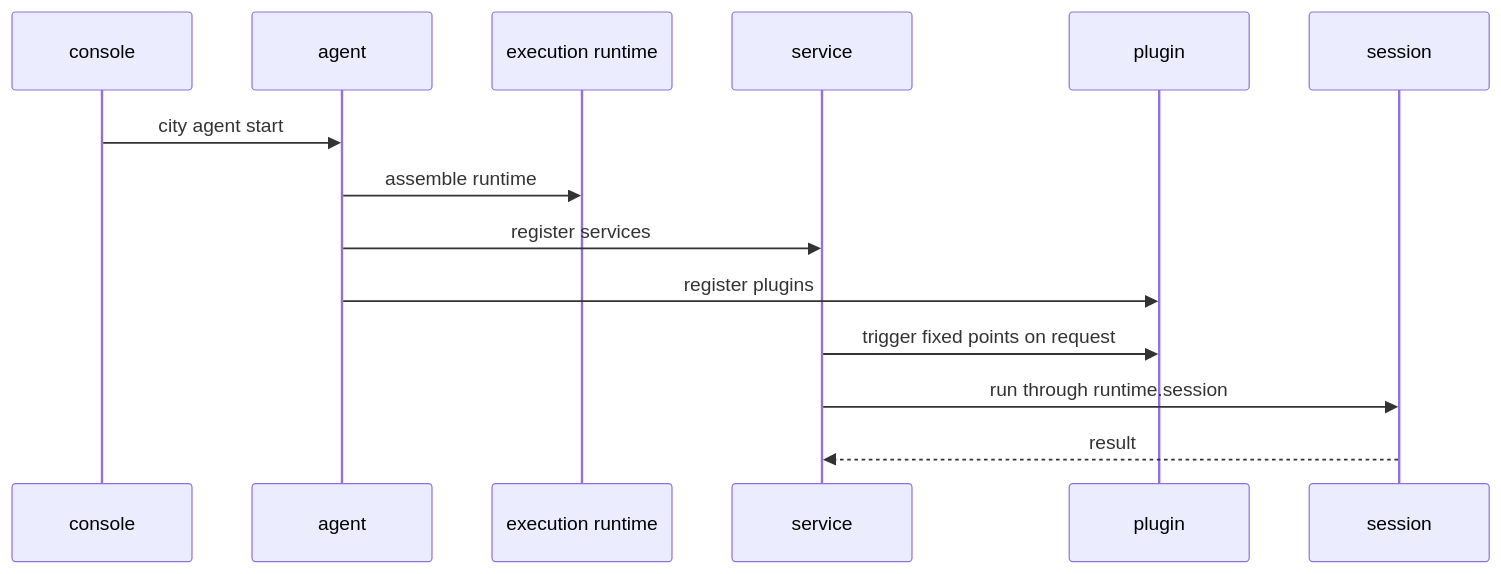
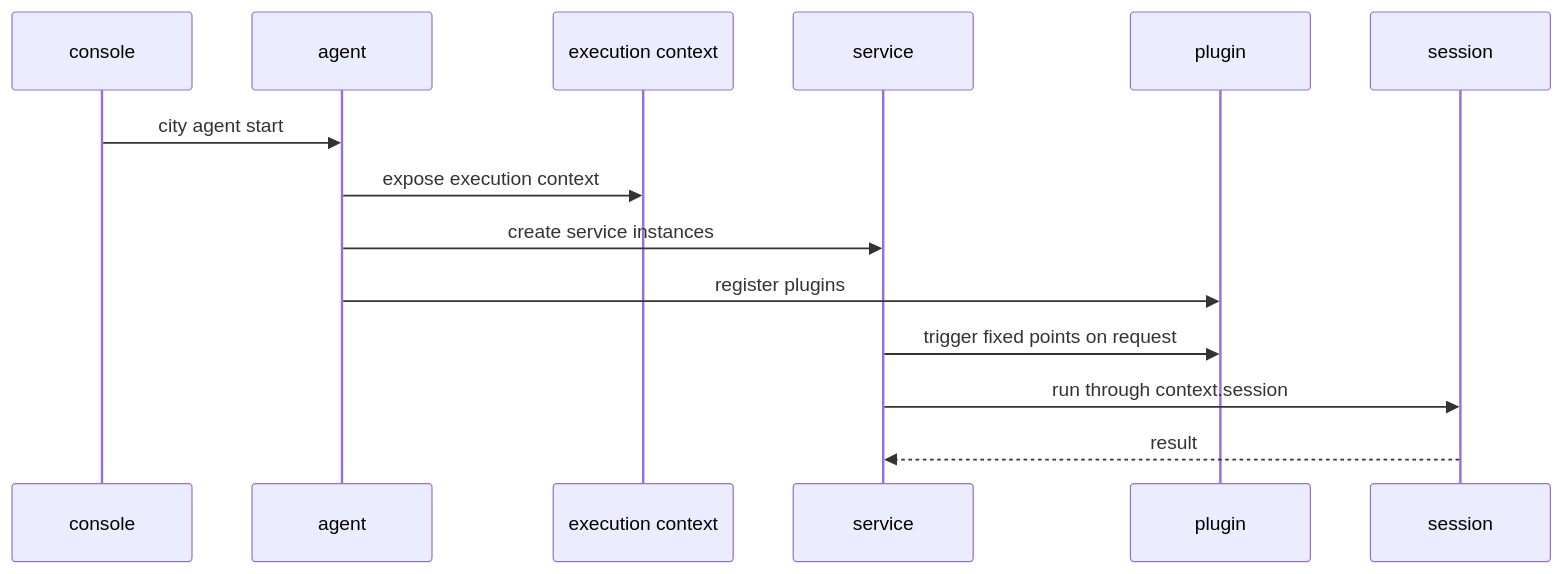
The diagram in homepage/content/docs/en/concepts/runtime-relationship-and-process.mdx (wangenius/downcity), drawn with Mermaid before and after one commit. The commit also changed other lines of this file and 96 other files, not shown here.

````diff
--- a/homepage/content/docs/en/concepts/runtime-relationship-and-process.mdx
+++ b/homepage/content/docs/en/concepts/runtime-relationship-and-process.mdx
@@ -64,18 +63,18 @@
 ```mermaid
 sequenceDiagram
   participant Console as console
   participant Agent as agent
-  participant Runtime as execution runtime
+  participant Context as execution context
   participant Service as service
   participant Plugin as plugin
   participant Session as session
 
   Console->>Agent: city agent start
-  Agent->>Runtime: assemble runtime
-  Agent->>Service: register services
+  Agent->>Context: expose execution context
+  Agent->>Service: create service instances
   Agent->>Plugin: register plugins
 
   Service->>Plugin: trigger fixed points on request
-  Service->>Session: run through runtime.session
+  Service->>Session: run through context.session
   Session-->>Service: result
 ```
````
